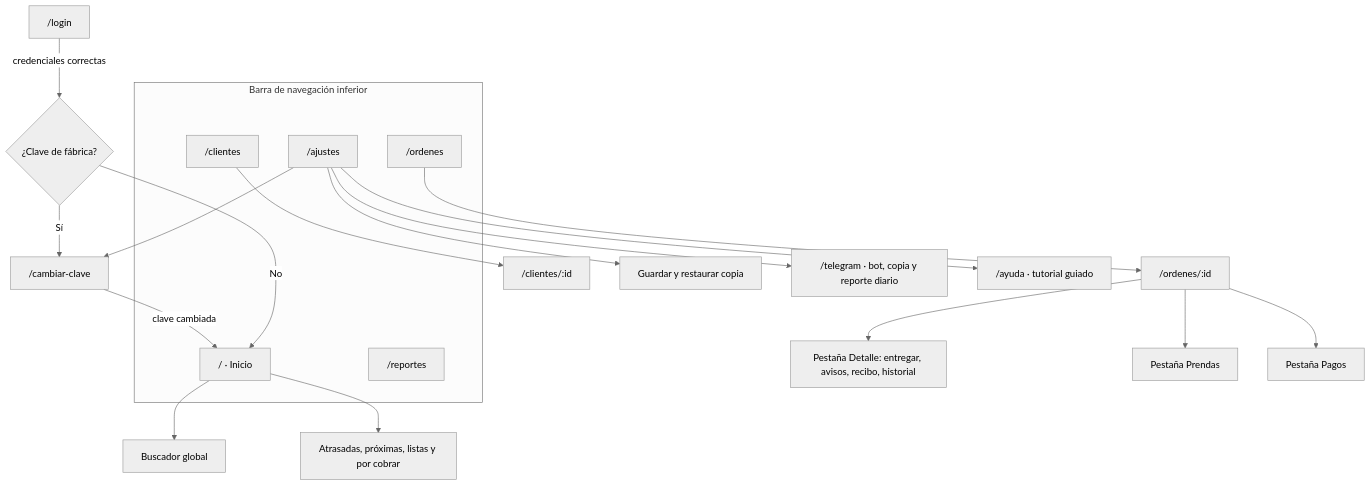
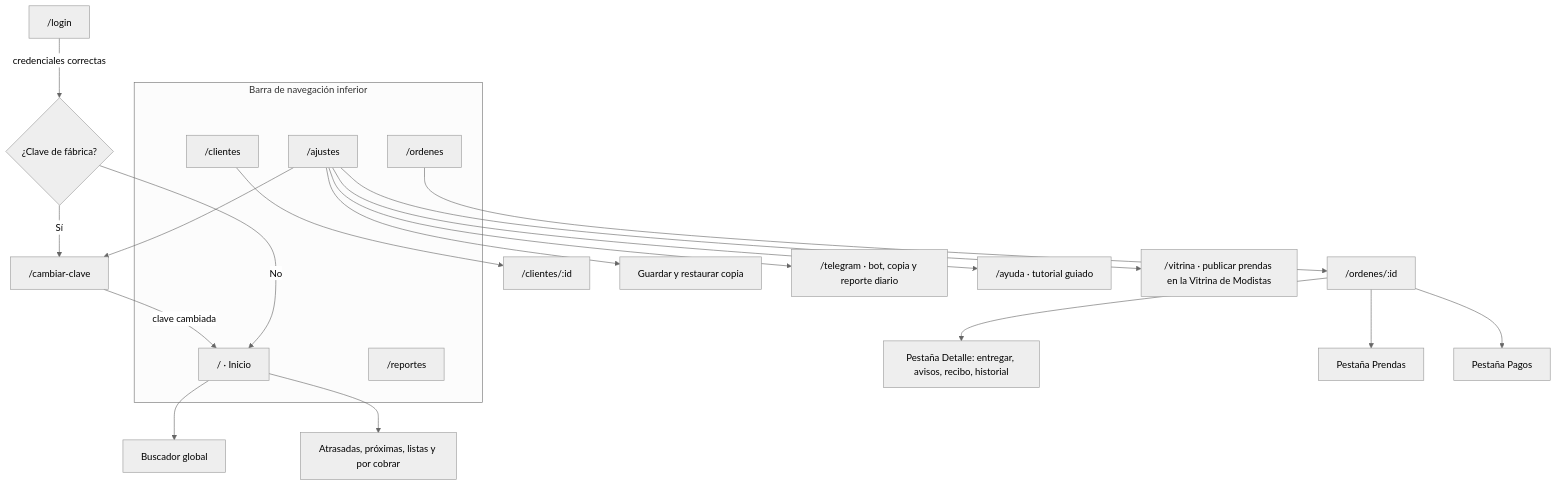
Before and after one commit to Aryannext/Costura-app: the first of 7 diagrams in docs/02-diseno/COMPORTAMIENTO.md, drawn with Mermaid. The commit also changed other lines of this file and 27 other files, not shown here.

First line of the commit message:
Vitrina de Modistas: página pública para vender prendas y encontrar arreglos

````diff
--- a/docs/02-diseno/COMPORTAMIENTO.md
+++ b/docs/02-diseno/COMPORTAMIENTO.md
@@ -13,35 +13,36 @@
 ```mermaid
 %%{init: {'theme': 'neutral'}}%%
 flowchart TB
     Login["/login"]
     Clave["/cambiar-clave"]
 
     Login -->|"credenciales correctas"| Guardia{¿Clave de fábrica?}
     Guardia -- Sí --> Clave
     Guardia -- No --> Dash
 
     Clave -->|"clave cambiada"| Dash
 
     subgraph Nav ["Barra de navegación inferior"]
         Dash["/ · Inicio"]
         Ord["/ordenes"]
         Cli["/clientes"]
         Rep["/reportes"]
         Aju["/ajustes"]
     end
 
     Dash --> Buscador[Buscador global]
     Dash --> Panel[Atrasadas, próximas, listas y por cobrar]
 
     Ord --> OrdDet["/ordenes/:id"]
     OrdDet --> TabD[Pestaña Detalle: entregar, avisos, recibo, historial]
     OrdDet --> TabP[Pestaña Prendas]
     OrdDet --> TabPa[Pestaña Pagos]
 
     Cli --> CliDet["/clientes/:id"]
 
     Aju --> Copia[Guardar y restaurar copia]
     Aju --> Tele["/telegram · bot, copia y reporte diario"]
     Aju --> Clave
     Aju --> Ayuda["/ayuda · tutorial guiado"]
+    Aju --> Vitrina["/vitrina · publicar prendas en la Vitrina de Modistas"]
 ```
````
